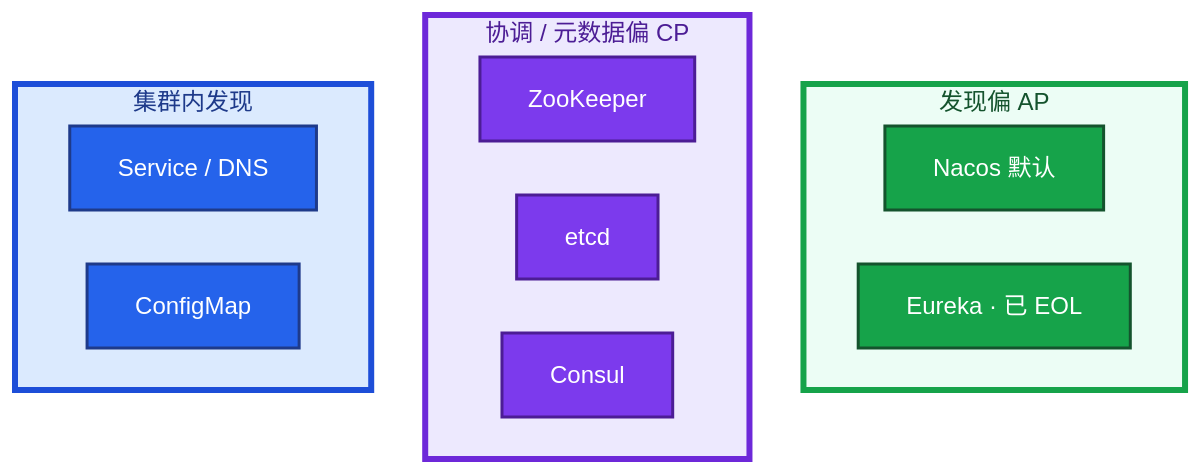
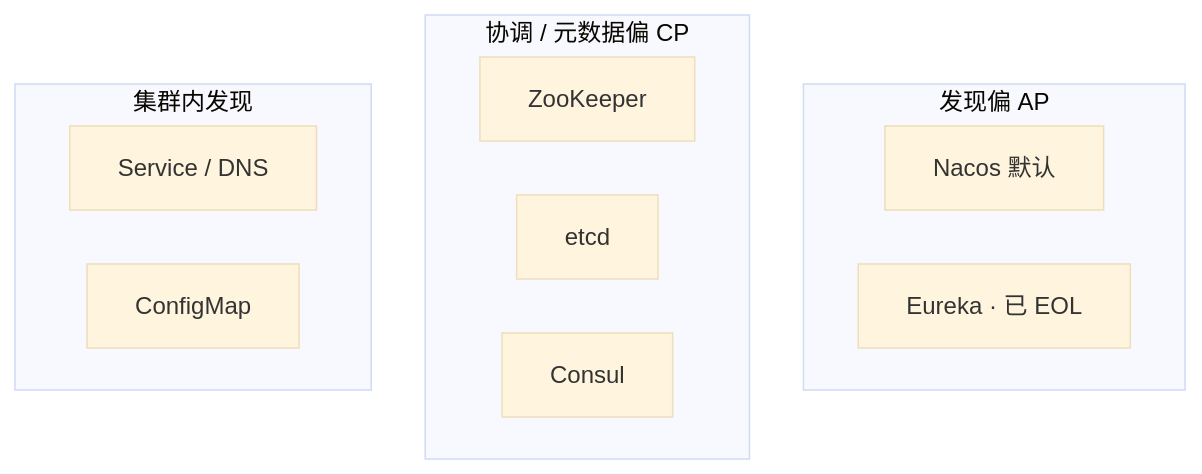
The third of 8 diagrams in 02-中间件与数据库/08-注册中心与配置中心/知识点.md (ml-cuizijun/LearnToLilith), drawn with Mermaid before and after one commit. The commit also changed other lines of this file and 470 other files, not shown here.

````diff
--- a/02-中间件与数据库/08-注册中心与配置中心/知识点.md
+++ b/02-中间件与数据库/08-注册中心与配置中心/知识点.md
@@ -133,28 +127,22 @@
 ```mermaid
 %%{init: {"flowchart": {"padding": 16, "nodeSpacing": 36, "rankSpacing": 48}, "theme": "base"}}%%
 flowchart TB
     subgraph ap ["发现偏 AP"]
         n[Nacos 默认]
         eu[Eureka · 已 EOL]
     end
     subgraph cp ["协调 / 元数据偏 CP"]
         zk[ZooKeeper]
         et[etcd]
         co[Consul]
     end
     subgraph k8s ["集群内发现"]
         dns[Service / DNS]
         cm[ConfigMap]
     end
 
-    classDef apc fill:#16A34A,stroke:#14532D,stroke-width:2px,color:#fff
-    classDef cpc fill:#7C3AED,stroke:#4C1D95,stroke-width:2px,color:#fff
-    classDef k fill:#2563EB,stroke:#1E3A8A,stroke-width:2px,color:#fff
     class n,eu apc
     class zk,et,co cpc
     class dns,cm k
 
-    style ap fill:#ECFDF5,stroke:#16A34A,stroke-width:4px,color:#14532D
-    style cp fill:#EDE9FE,stroke:#6D28D9,stroke-width:4px,color:#4C1D95
-    style k8s fill:#DBEAFE,stroke:#1D4ED8,stroke-width:4px,color:#1E3A8A
 ```
````
